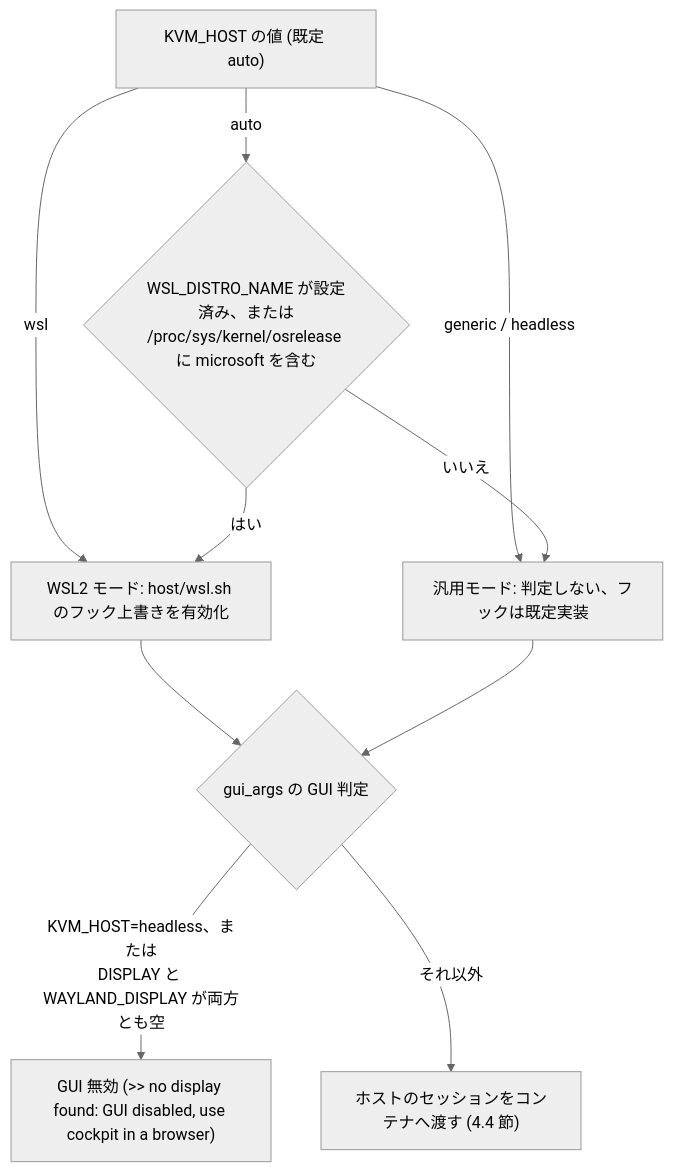
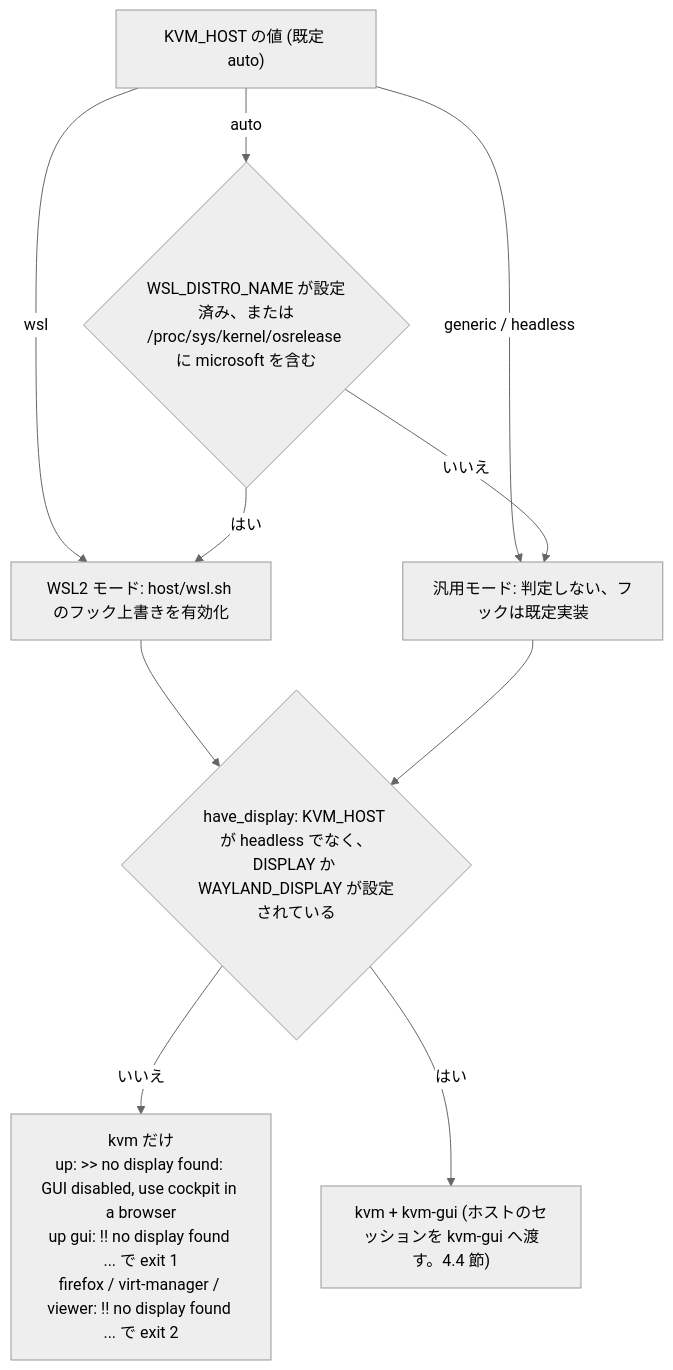
The second of 22 diagrams in docs/SPEC.md (ryo-aoki-pc/kvm-container), drawn with Mermaid (neutral theme) before and after one commit. The commit also changed other lines of this file, not shown here.

First line of the commit message:
docs/SPEC.md を 2 コンテナ構成 (kvm + kvm-gui) に合わせて全面更新する

````diff
--- a/docs/SPEC.md
+++ b/docs/SPEC.md
@@ -90,12 +106,12 @@
 ```mermaid
 flowchart TD
   start["KVM_HOST の値 (既定 auto)"] -->|"wsl"| W["WSL2 モード: host/wsl.sh のフック上書きを有効化"]
   start -->|"generic / headless"| G["汎用モード: 判定しない、フックは既定実装"]
   start -->|"auto"| chk{"WSL_DISTRO_NAME が設定済み、または<br/>/proc/sys/kernel/osrelease に microsoft を含む"}
   chk -->|"はい"| W
   chk -->|"いいえ"| G
-  W --> gui{"gui_args の GUI 判定"}
-  G --> gui
-  gui -->|"KVM_HOST=headless、または<br/>DISPLAY と WAYLAND_DISPLAY が両方とも空"| H["GUI 無効 (>> no display found: GUI disabled, use cockpit in a browser)"]
-  gui -->|"それ以外"| D["ホストのセッションをコンテナへ渡す (4.4 節)"]
+  W --> hd{"have_display: KVM_HOST が headless でなく、<br/>DISPLAY か WAYLAND_DISPLAY が設定されている"}
+  G --> hd
+  hd -->|"いいえ"| H["kvm だけ<br/>up: >> no display found: GUI disabled, use cockpit in a browser<br/>up gui: !! no display found ... で exit 1<br/>firefox / virt-manager / viewer: !! no display found ... で exit 2"]
+  hd -->|"はい"| D["kvm + kvm-gui (ホストのセッションを kvm-gui へ渡す。4.4 節)"]
 ```
````
